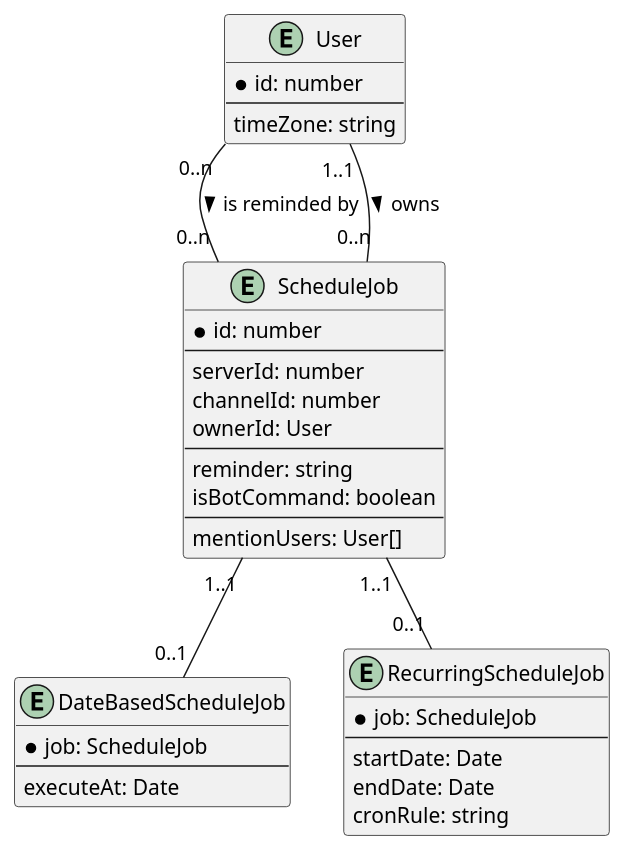
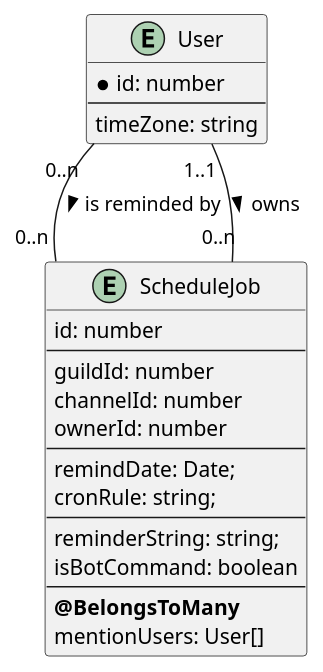
One commit to moka491/senko-san changed the diagram in docs/diagrams/src/DataModel-ER-Diagram.plantuml. Above: the diagram before and after it, drawn with PlantUML. The commit also changed 2 other files, not shown here.

Commit message:
Update gitignore for diagrams

```diff
--- a/docs/diagrams/src/DataModel-ER-Diagram.plantuml
+++ b/docs/diagrams/src/DataModel-ER-Diagram.plantuml
@@ -1,40 +1,28 @@
 @startuml DataModel
 
 entity "User" {
   * id: number
   --
   timeZone: string
 }
 
 entity "ScheduleJob" {
-  *id: number
+  id: number
   --
-  serverId: number
+  guildId: number
   channelId: number
-  ownerId: User
+  ownerId: number
   --
-  reminder: string
+  remindDate: Date;
+  cronRule: string;
+  --
+  reminderString: string;
   isBotCommand: boolean
   --
+  **@BelongsToMany**
   mentionUsers: User[]
-}
-
-entity "DateBasedScheduleJob" {
-  * job: ScheduleJob
-  --
-  executeAt: Date
-}
-
-entity "RecurringScheduleJob" {
-  * job: ScheduleJob
-  --
-  startDate: Date
-  endDate: Date
-  cronRule: string
 }
 
 User "0..n" -- "0..n" ScheduleJob : is reminded by >
 User "1..1" -- "0..n" ScheduleJob : owns >
-ScheduleJob "1..1" -- "0..1" DateBasedScheduleJob
-ScheduleJob "1..1" -- "0..1" RecurringScheduleJob
 @enduml
```
